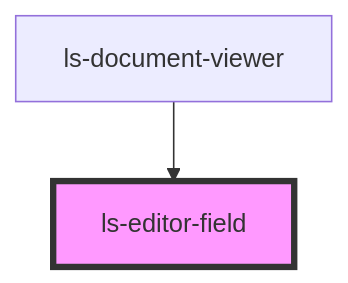
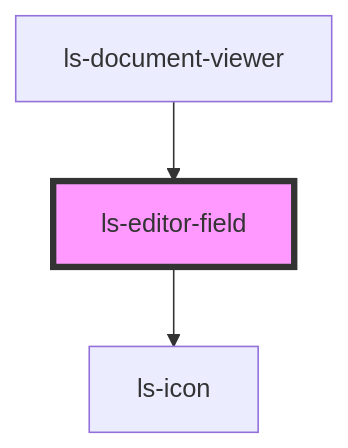
Before and after one commit to legalesign/ls-document-viewer: the diagram in src/components/ls-editor-field/readme.md, drawn with Mermaid. The commit also changed other lines of this file and 31 other files, not shown here.

````diff
--- a/src/components/ls-editor-field/readme.md
+++ b/src/components/ls-editor-field/readme.md
@@ -26,5 +30,6 @@
 ```mermaid
 graph TD;
+  ls-editor-field --> ls-icon
   ls-document-viewer --> ls-editor-field
   style ls-editor-field fill:#f9f,stroke:#333,stroke-width:4px
 ```
````
